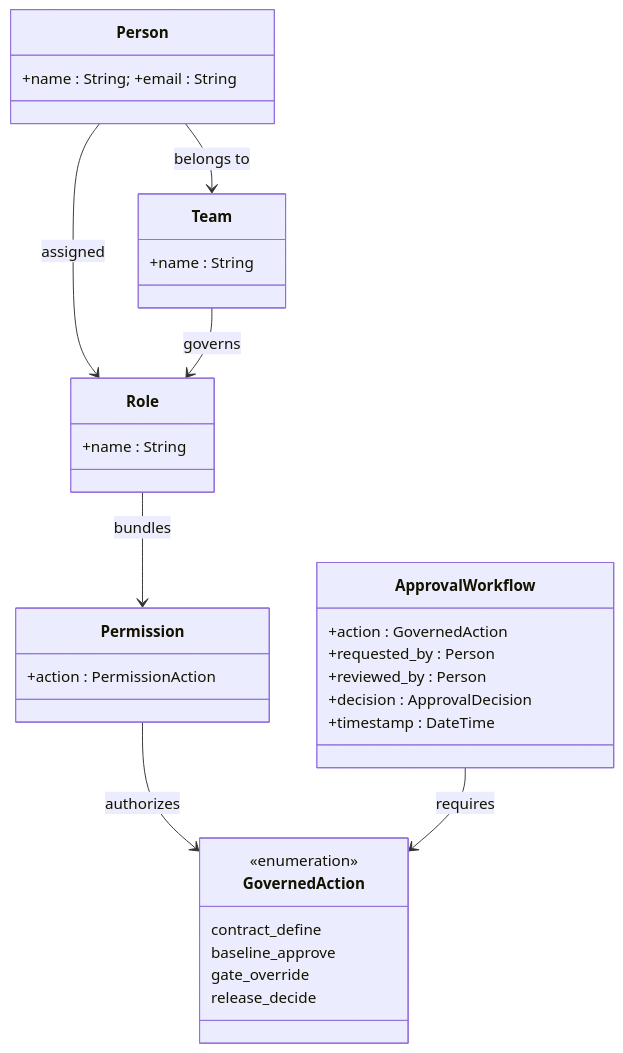
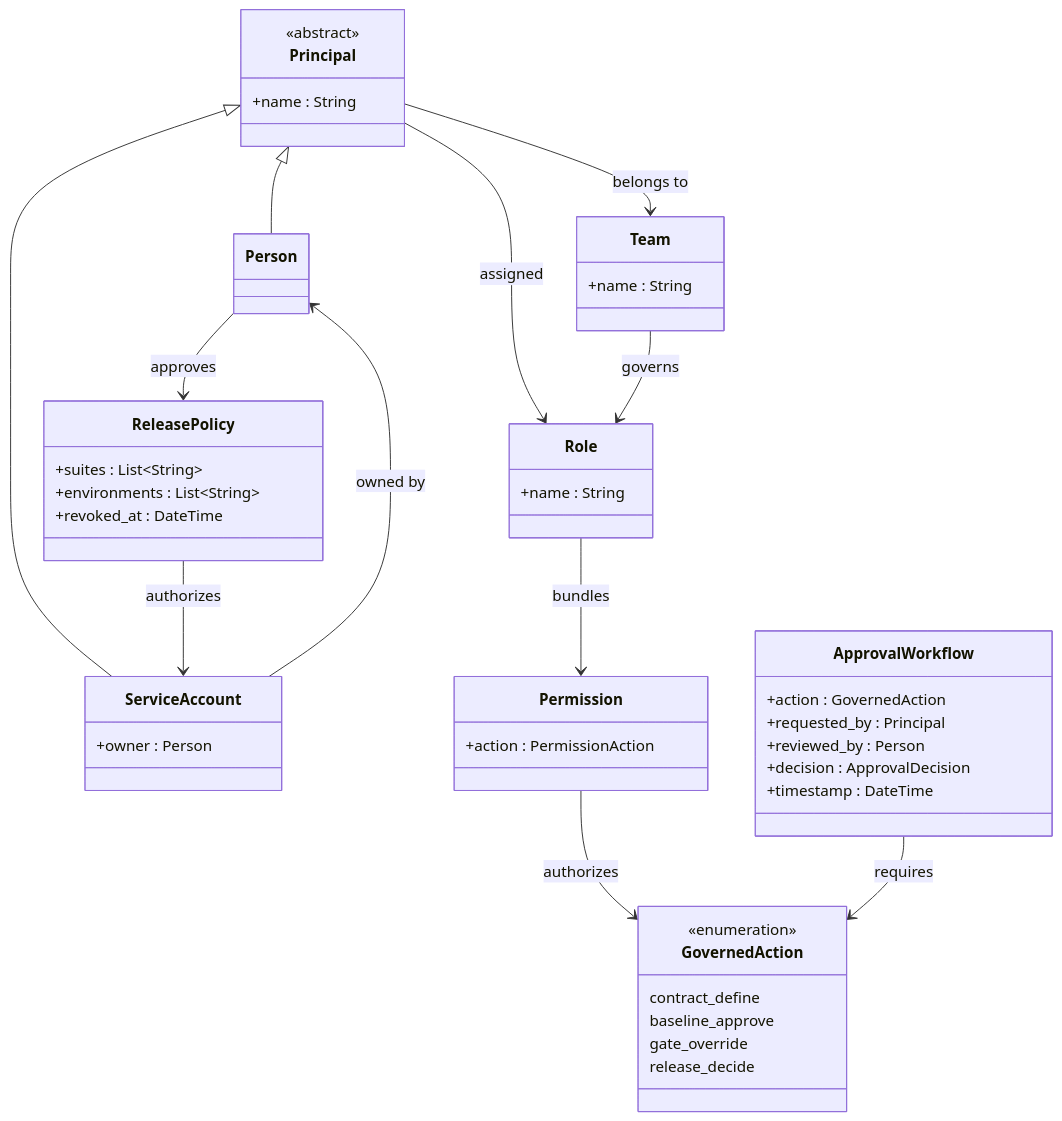
Before and after one commit to igorakymenko-create/AQEF: the seventh of 8 diagrams in appendices/appendix-e-uml-diagrams.md, drawn with Mermaid. The commit also changed other lines of this file and 6 other files, not shown here.

````diff
--- a/appendices/appendix-e-uml-diagrams.md
+++ b/appendices/appendix-e-uml-diagrams.md
@@ -194,28 +320,51 @@
 ```mermaid
 classDiagram
-    class Person { +name : String; +email : String }
-    class Team { +name : String }
-    class Role { +name : String }
-    class Permission { +action : PermissionAction }
+    class Principal {
+        <<abstract>>
+        +name : String
+    }
+    class Person
+    class ServiceAccount {
+        +owner : Person
+    }
+    class Team {
+        +name : String
+    }
+    class Role {
+        +name : String
+    }
+    class Permission {
+        +action : PermissionAction
+    }
     class GovernedAction {
         <<enumeration>>
         contract_define
         baseline_approve
         gate_override
         release_decide
     }
     class ApprovalWorkflow {
         +action : GovernedAction
-        +requested_by : Person
+        +requested_by : Principal
         +reviewed_by : Person
         +decision : ApprovalDecision
         +timestamp : DateTime
     }
+    class ReleasePolicy {
+        +suites : List~String~
+        +environments : List~String~
+        +revoked_at : DateTime
+    }
 
-    Person --> Team : belongs to
-    Person --> Role : assigned
+    Principal <|-- Person
+    Principal <|-- ServiceAccount
+    ServiceAccount --> Person : owned by
+    Principal --> Team : belongs to
+    Principal --> Role : assigned
     Role --> Permission : bundles
     Team --> Role : governs
     Permission --> GovernedAction : authorizes
     ApprovalWorkflow --> GovernedAction : requires
+    Person --> ReleasePolicy : approves
+    ReleasePolicy --> ServiceAccount : authorizes
 ```
````
